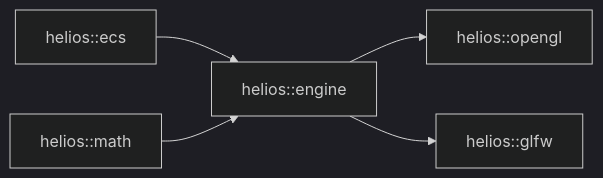
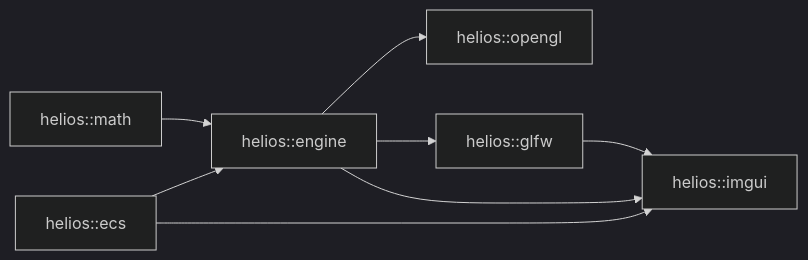
The diagram in docs/modules/overview.md (ThorstenSuckow/helios-website), drawn with Mermaid (dark theme) before and after one commit. The commit also changed other lines of this file and 14 other files, not shown here.

Commit message:
feat: add helios::imgui to website

````diff
--- a/docs/modules/overview.md
+++ b/docs/modules/overview.md
@@ -24,7 +25,10 @@
 ```mermaid
 flowchart LR
     ECS["helios::ecs"] --> ENGINE["helios::engine"]
     MATH["helios::math"] --> ENGINE
     ENGINE --> OPENGL["helios::opengl"]
     ENGINE --> GLFW["helios::glfw"]
+    ECS --> IMGUI["helios::imgui"]
+    ENGINE --> IMGUI
+    GLFW --> IMGUI
 ```
````
